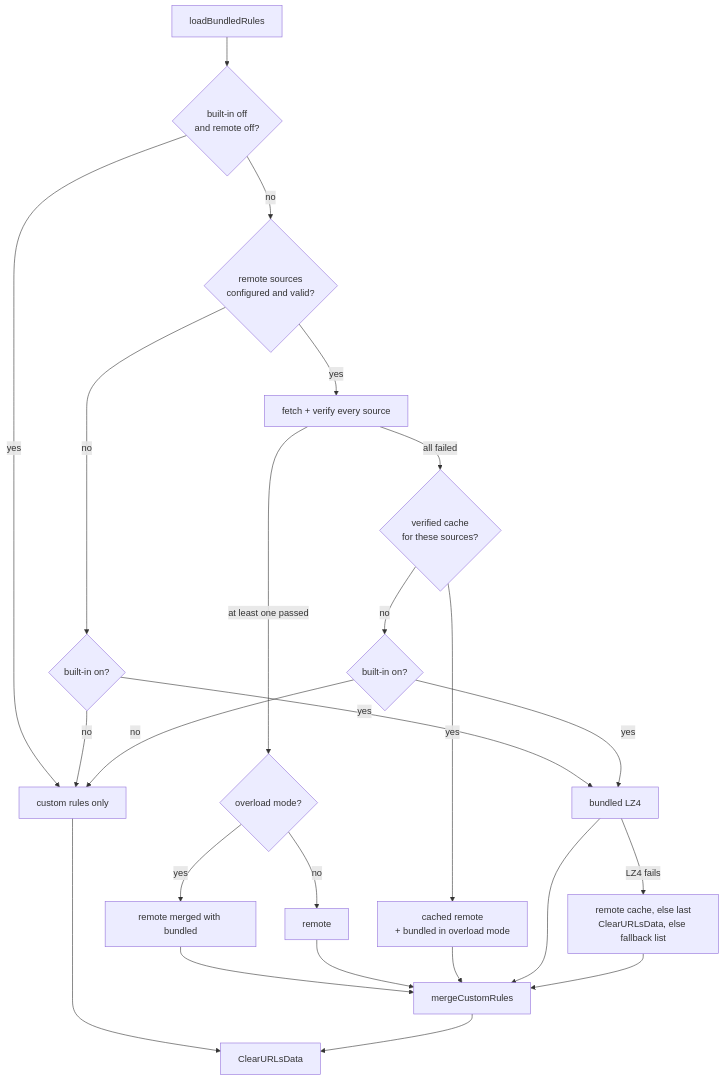
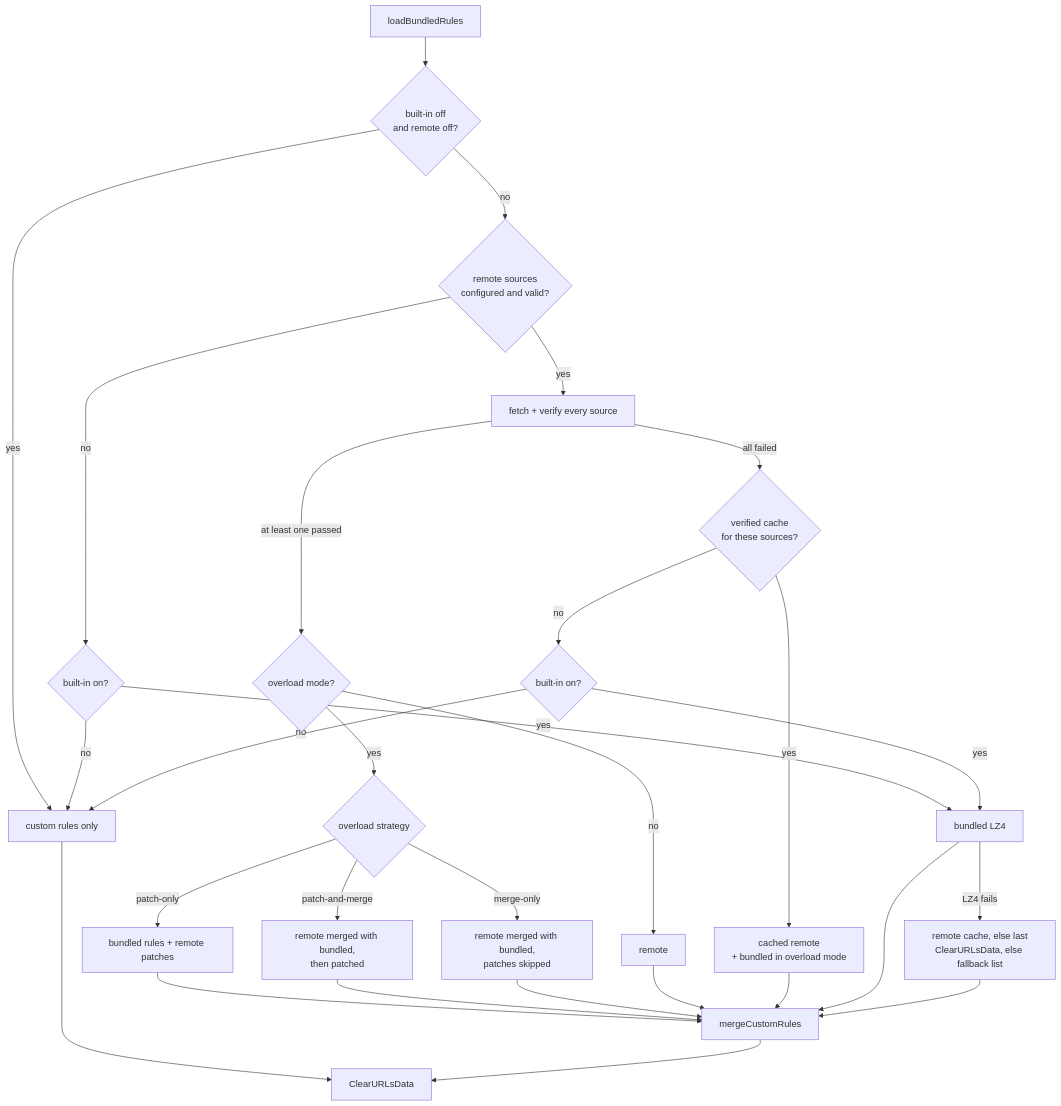
One commit to Linkumori/Linkumori-Addon changed the third of 4 diagrams in docs/runtime-architecture.md. Above: the diagram before and after it, drawn with Mermaid. The commit also changed other lines of this file and 61 other files, not shown here.

Commit message:
feat: add overload mode patch strategies

````diff
--- a/docs/runtime-architecture.md
+++ b/docs/runtime-architecture.md
@@ -282,22 +282,25 @@
 ```mermaid
 flowchart TD
     A[loadBundledRules] --> B{built-in off<br/>and remote off?}
     B -- yes --> C[custom rules only]
     B -- no --> D{remote sources<br/>configured and valid?}
     D -- no --> E{built-in on?}
     E -- yes --> F[bundled LZ4]
     E -- no --> C
     D -- yes --> G[fetch + verify every source]
     G -- at least one passed --> H{overload mode?}
-    H -- yes --> I[remote merged with bundled]
+    H -- yes --> I{overload strategy}
+    I -- patch-only --> I1[bundled rules + remote patches]
+    I -- patch-and-merge --> I2[remote merged with bundled,<br/>then patched]
+    I -- merge-only --> I3[remote merged with bundled,<br/>patches skipped]
     H -- no --> J[remote]
     G -- all failed --> K{verified cache<br/>for these sources?}
     K -- yes --> L[cached remote<br/>+ bundled in overload mode]
     K -- no --> E2{built-in on?}
     E2 -- yes --> F
     E2 -- no --> C
     F -- LZ4 fails --> M[remote cache, else last<br/>ClearURLsData, else fallback list]
-    I & J & L & F & M --> N[mergeCustomRules]
+    I1 & I2 & I3 & J & L & F & M --> N[mergeCustomRules]
     C --> O[ClearURLsData]
     N --> O
 ```
````
